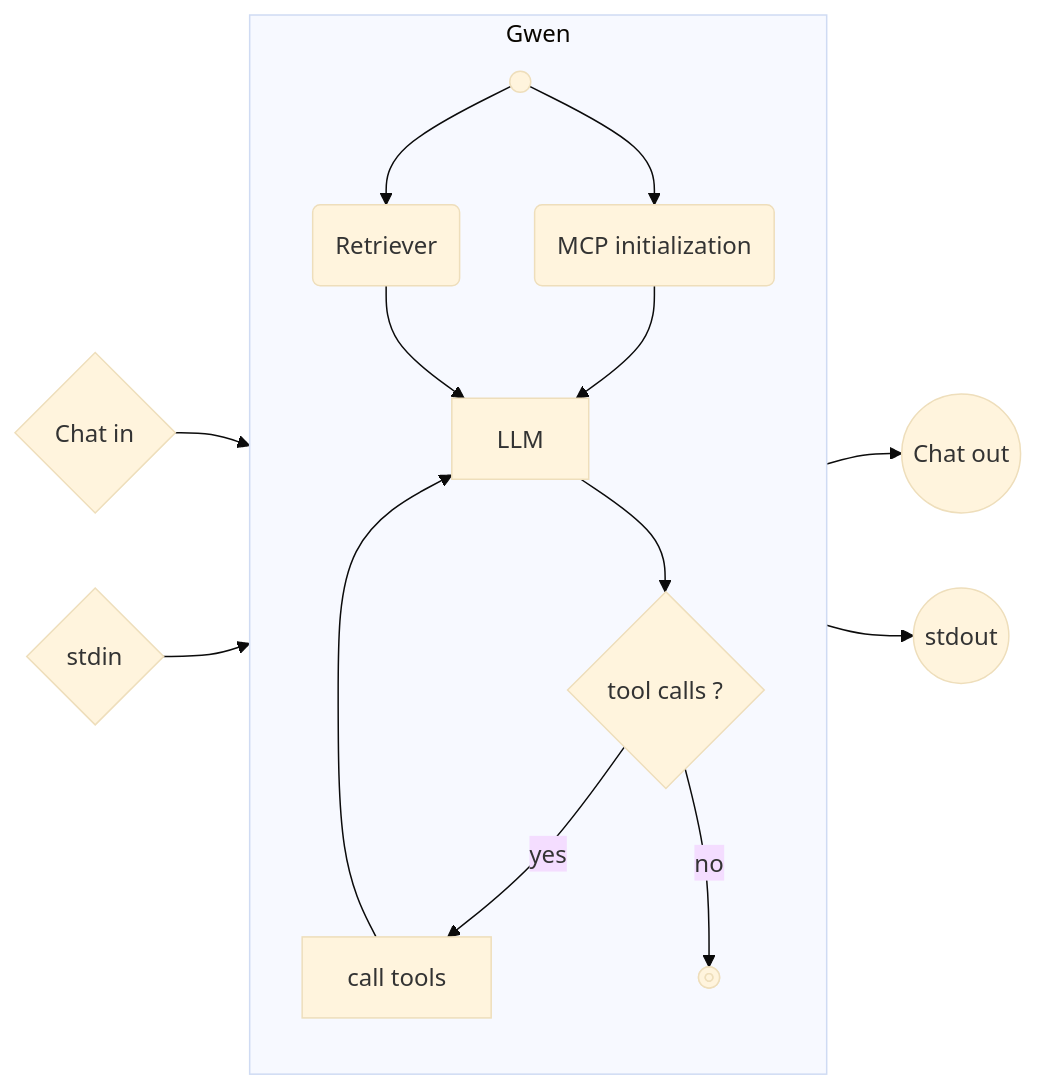
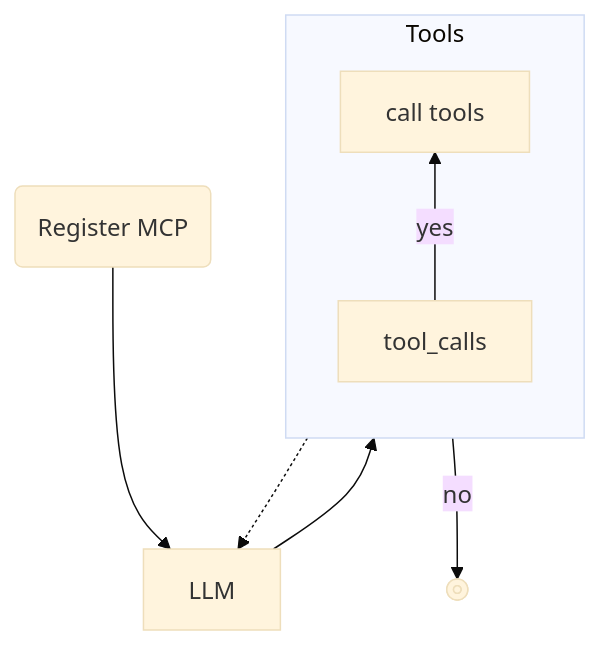
The diagram in README.md (marcusbaer/gwendoline), drawn with Mermaid (base theme) before and after one commit. The commit also changed other lines of this file, not shown here.

Commit message:
document internal process

````diff
--- a/README.md
+++ b/README.md
@@ -20,19 +13,12 @@
 ```mermaid
-flowchart LR
-    subgraph Gwen
-        direction TB
-        START@{ shape: sm-circ, label: "Small start" }
-        START --> MCPinit(MCP initialization)
-        START --> Retriever(Retriever)
-        MCPinit --> LLM
-        Retriever --> LLM
-        LLM --> tool_calls{tool calls ?}
+flowchart TB
+    subgraph Tools
+        direction BT
         tool_calls --> |yes| MCPcalls[call tools]
-        MCPcalls --> LLM
-        tool_calls --> |no| END@{ shape: framed-circle, label: "Stop" }
+
     end
-    Chat_in{Chat in} --> START
-    stdin{stdin} --> START
-    END --> Chat_out((Chat out))
-    END --> stdout((stdout))
+    MCPreg(Register MCP) --> LLM
+    LLM --> Tools
+    Tools -.-> LLM
+    Tools --> |no| END@{ shape: framed-circle, label: "Stop" }
 ```
````
